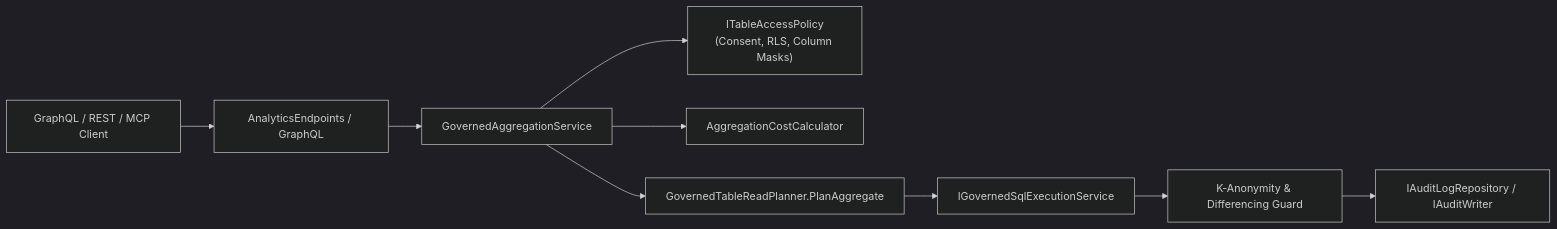
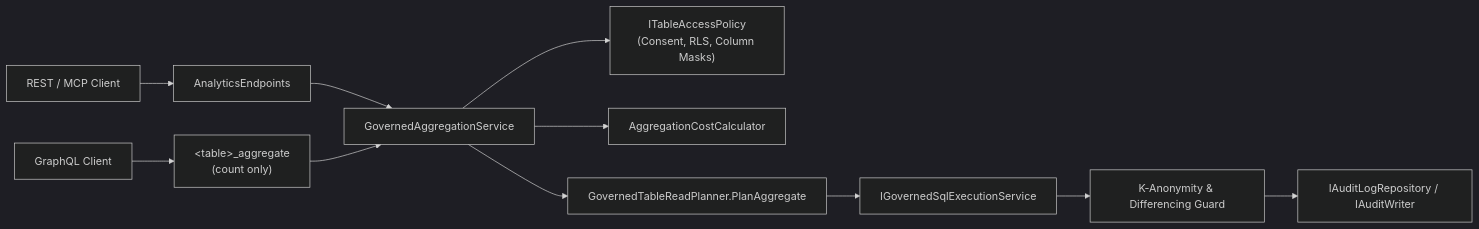
One commit to themulle/autheris changed the diagram in docs/features/f-data-08-governed-aggregations-and-k-anonymity.md. Above: the diagram before and after it, drawn with Mermaid (dark theme). The commit also changed other lines of this file and 7 other files, not shown here.

First line of the commit message:
fix(graphql): report extensions.maskedFields for the catalog schema and align docs (#118)

````diff
--- a/docs/features/f-data-08-governed-aggregations-and-k-anonymity.md
+++ b/docs/features/f-data-08-governed-aggregations-and-k-anonymity.md
@@ -30,11 +30,13 @@
 ```mermaid
 flowchart LR
-    Client["GraphQL / REST / MCP Client"] --> Endpoint["AnalyticsEndpoints / GraphQL"]
+    Client["REST / MCP Client"] --> Endpoint["AnalyticsEndpoints"]
+    GqlClient["GraphQL Client"] --> GqlField["&lt;table&gt;_aggregate<br/>(count only)"]
     Endpoint --> Service["GovernedAggregationService"]
+    GqlField --> Service
     Service --> Policy["ITableAccessPolicy<br/>(Consent, RLS, Column Masks)"]
     Service --> Cost["AggregationCostCalculator"]
     Service --> Planner["GovernedTableReadPlanner.PlanAggregate"]
     Planner --> Sql["IGovernedSqlExecutionService"]
     Sql --> Guard["K-Anonymity & Differencing Guard"]
     Guard --> Audit["IAuditLogRepository / IAuditWriter"]
 ```
````
